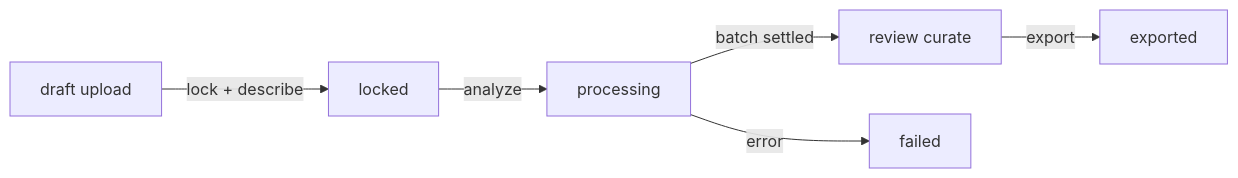
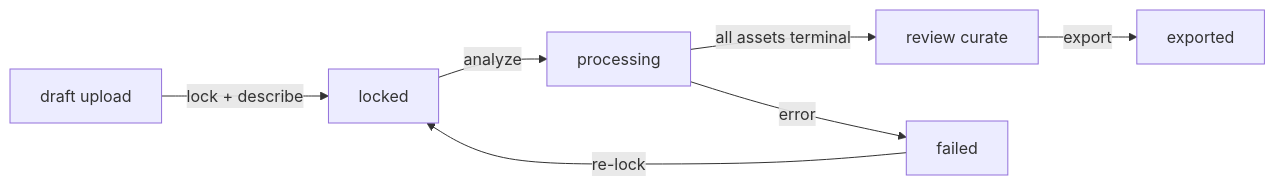
Before and after one commit to silverspoonmedia/cored-backend: the diagram in docs/domains/microstock/README.md, drawn with Mermaid. The commit also changed other lines of this file and 129 other files, not shown here.

````diff
--- a/docs/domains/microstock/README.md
+++ b/docs/domains/microstock/README.md
@@ -185,8 +23,9 @@
 ```mermaid
 flowchart LR
   draft[draft upload] -->|"lock + describe"| locked[locked]
   locked -->|"analyze"| processing[processing]
-  processing -->|"batch settled"| review[review curate]
+  processing -->|"all assets terminal"| review[review curate]
   review -->|"export"| exported[exported]
   processing -->|"error"| failed[failed]
+  failed -->|"re-lock"| locked
 ```
````
